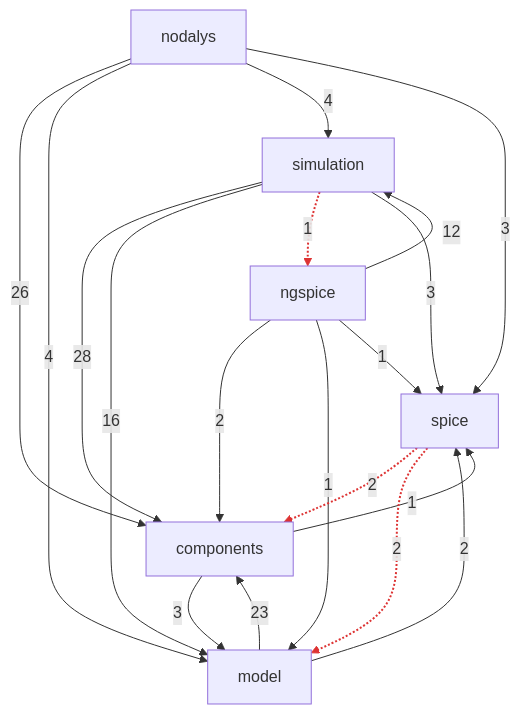
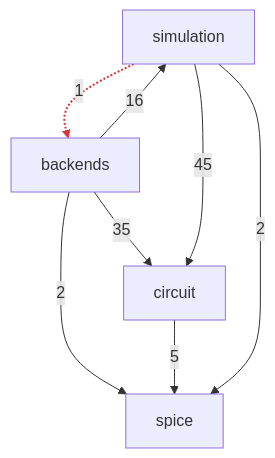
One commit to ronnymilleo/imcsim changed the second of 3 diagrams in docs/architecture.md. Above: the diagram before and after it, drawn with Mermaid. The commit also changed other lines of this file and 297 other files, not shown here.

Commit message:
Move the app-core folders into layers: spice, circuit, simulation, backends

````diff
--- a/docs/architecture.md
+++ b/docs/architecture.md
@@ -33,30 +33,15 @@
 ```mermaid
 flowchart TD
     app_core_spice[spice]
-    app_core_model[model]
-    app_core_components[components]
+    app_core_circuit[circuit]
     app_core_simulation[simulation]
-    app_core_ngspice[ngspice]
-    app_core_nodalys[nodalys]
-    app_core_components -->|3| app_core_model
-    app_core_components -->|1| app_core_spice
-    app_core_model -->|23| app_core_components
-    app_core_model -->|2| app_core_spice
-    app_core_ngspice -->|2| app_core_components
-    app_core_ngspice -->|1| app_core_model
-    app_core_ngspice -->|12| app_core_simulation
-    app_core_ngspice -->|1| app_core_spice
-    app_core_nodalys -->|26| app_core_components
-    app_core_nodalys -->|4| app_core_model
-    app_core_nodalys -->|4| app_core_simulation
-    app_core_nodalys -->|3| app_core_spice
-    app_core_simulation -->|28| app_core_components
-    app_core_simulation -->|16| app_core_model
-    app_core_simulation -.->|1| app_core_ngspice
-    app_core_simulation -->|3| app_core_spice
-    app_core_spice -.->|2| app_core_components
-    app_core_spice -.->|2| app_core_model
-    linkStyle 14 stroke:#d33,stroke-width:2px
-    linkStyle 16 stroke:#d33,stroke-width:2px
-    linkStyle 17 stroke:#d33,stroke-width:2px
+    app_core_backends[backends]
+    app_core_backends -->|35| app_core_circuit
+    app_core_backends -->|16| app_core_simulation
+    app_core_backends -->|2| app_core_spice
+    app_core_circuit -->|5| app_core_spice
+    app_core_simulation -.->|1| app_core_backends
+    app_core_simulation -->|45| app_core_circuit
+    app_core_simulation -->|2| app_core_spice
+    linkStyle 4 stroke:#d33,stroke-width:2px
 ```
````
